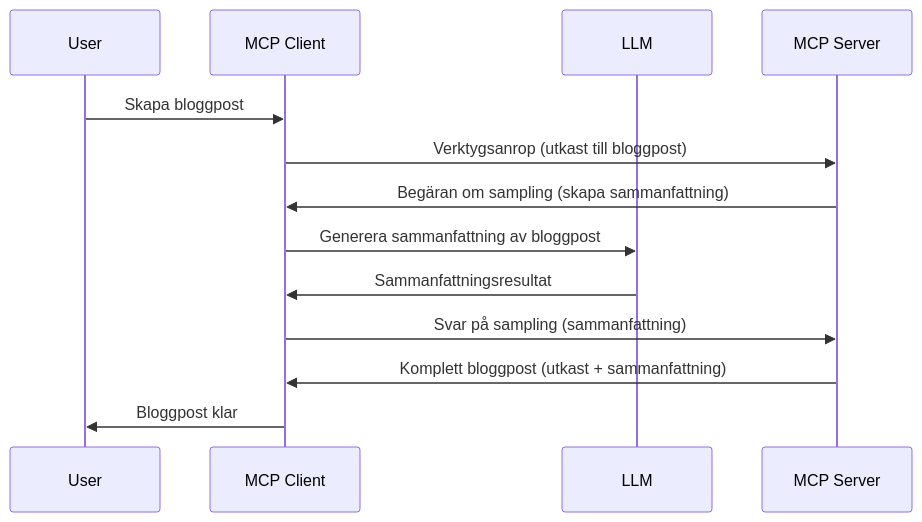
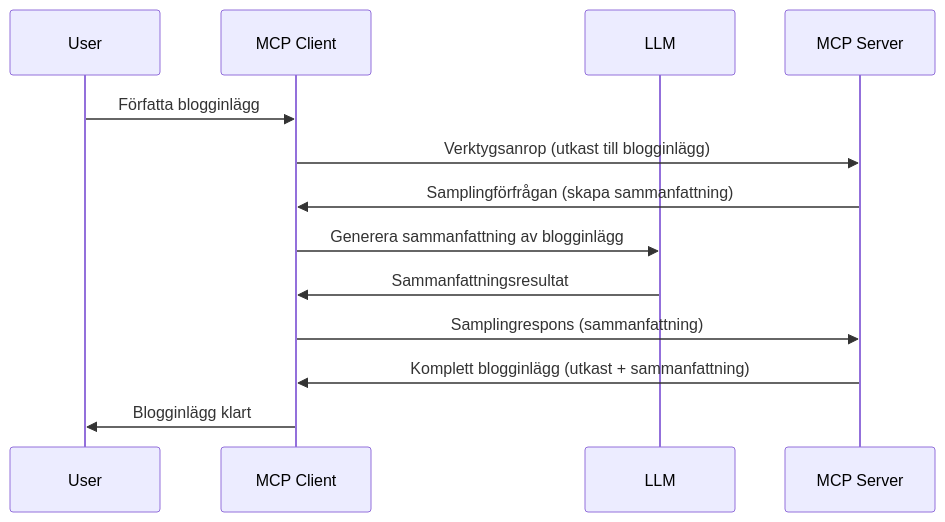
One commit to HIDORAKAI002/ai-workspace-archive changed the diagram in mcp_ecosystem__model_context_protocol/mcp_learning_resources/mcp-for-beginners/translations/sv/03-GettingStarted/14-sampling/README.md. Above: the diagram before and after it, drawn with Mermaid. The commit also changed other lines of this file and 1539 other files, not shown here.

````diff
--- a/mcp_ecosystem__model_context_protocol/mcp_learning_resources/mcp-for-beginners/translations/sv/03-GettingStarted/14-sampling/README.md
+++ b/mcp_ecosystem__model_context_protocol/mcp_learning_resources/mcp-for-beginners/translations/sv/03-GettingStarted/14-sampling/README.md
@@ -23,16 +23,16 @@
 ```mermaid
 sequenceDiagram
     participant User
     participant MCP Client
     participant LLM
     participant MCP Server
 
-    User->>MCP Client: Skapa bloggpost
-    MCP Client->>MCP Server: Verktygsanrop (utkast till bloggpost)
-    MCP Server->>MCP Client: Begäran om sampling (skapa sammanfattning)
-    MCP Client->>LLM: Generera sammanfattning av bloggpost
+    User->>MCP Client: Författa blogginlägg
+    MCP Client->>MCP Server: Verktygsanrop (utkast till blogginlägg)
+    MCP Server->>MCP Client: Samplingförfrågan (skapa sammanfattning)
+    MCP Client->>LLM: Generera sammanfattning av blogginlägg
     LLM->>MCP Client: Sammanfattningsresultat
-    MCP Client->>MCP Server: Svar på sampling (sammanfattning)
-    MCP Server->>MCP Client: Komplett bloggpost (utkast + sammanfattning)
-    MCP Client->>User: Bloggpost klar
+    MCP Client->>MCP Server: Samplingrespons (sammanfattning)
+    MCP Server->>MCP Client: Komplett blogginlägg (utkast + sammanfattning)
+    MCP Client->>User: Blogginlägg klart
 ```
````
